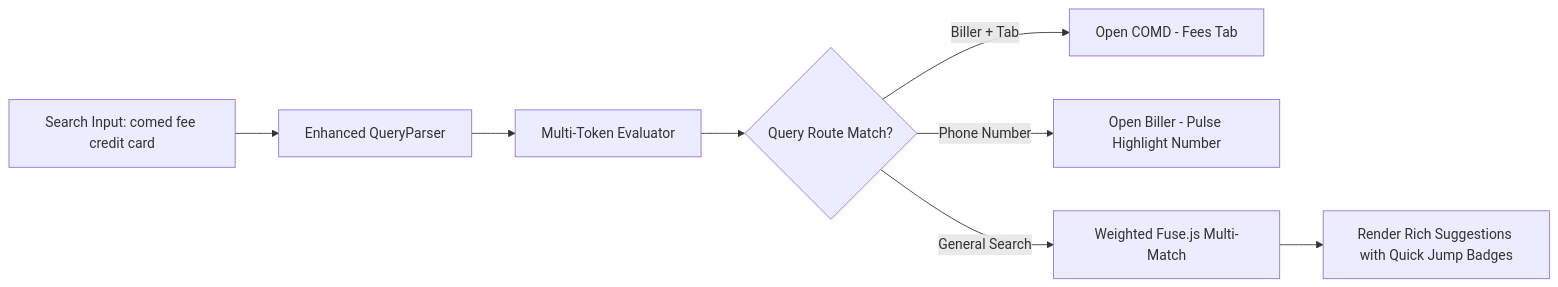
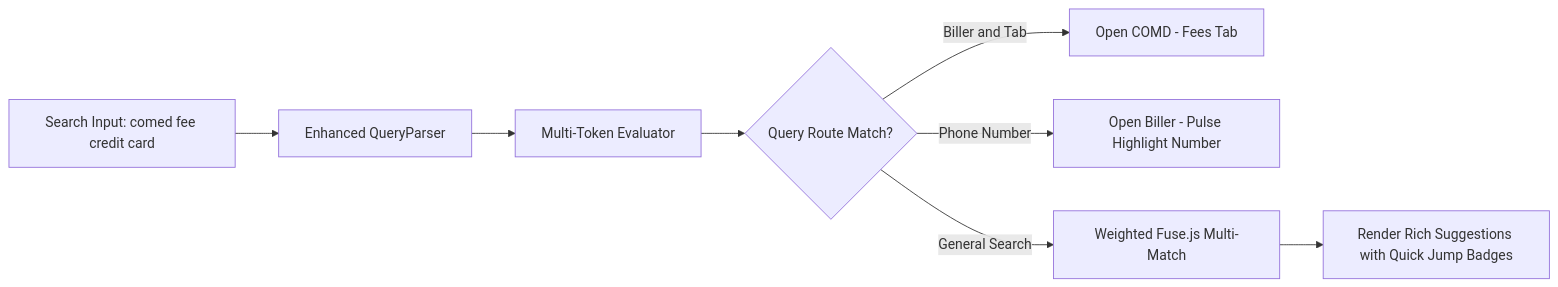
The second of 3 diagrams in synced-docs/cf-admin/documentation/archive/DO NOT SCAN!/POSSIBLE_IMPROVEMENTS.md (Harshil8136/chess-game1), drawn with Mermaid before and after one commit. The commit also changed other lines of this file and 4 other files, not shown here.

````diff
--- a/synced-docs/cf-admin/documentation/archive/DO NOT SCAN!/POSSIBLE_IMPROVEMENTS.md
+++ b/synced-docs/cf-admin/documentation/archive/DO NOT SCAN!/POSSIBLE_IMPROVEMENTS.md
@@ -57,10 +57,10 @@
 ```mermaid
 flowchart LR
     UserInput["Search Input: comed fee credit card"] --> DeepParser["Enhanced QueryParser"]
     DeepParser --> MultiToken["Multi-Token Evaluator"]
     MultiToken --> DirectRoute{"Query Route Match?"}
-    DirectRoute -->|Biller + Tab| TabRoute["Open COMD - Fees Tab"]
+    DirectRoute -->|Biller and Tab| TabRoute["Open COMD - Fees Tab"]
     DirectRoute -->|Phone Number| PulseRoute["Open Biller - Pulse Highlight Number"]
     DirectRoute -->|General Search| FuzzyFuse["Weighted Fuse.js Multi-Match"]
     FuzzyFuse --> RichSuggest["Render Rich Suggestions with Quick Jump Badges"]
 ```
````
